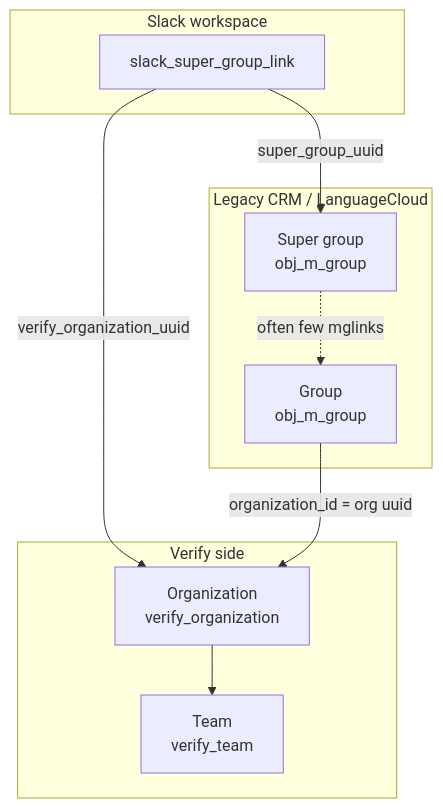
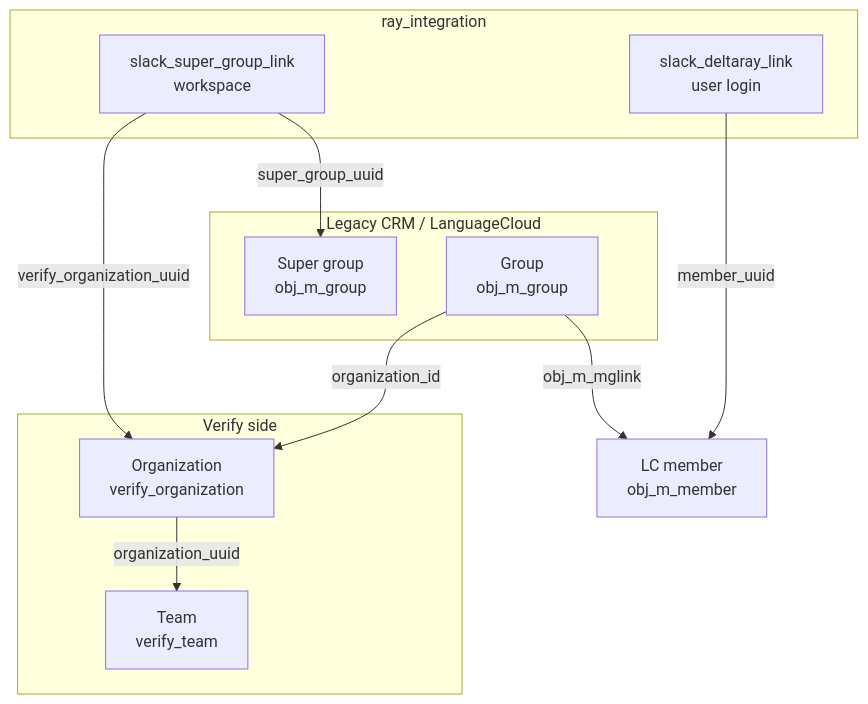
One commit to strakergroup/Nake-Agentic-Slack changed the diagram in docs/verify-org-vs-crm-groups.md. Above: the diagram before and after it, drawn with Mermaid. The commit also changed other lines of this file and 1 other file, not shown here.

First line of the commit message:
docs(RAY-79115): clarify deltaray vs workspace org/super-group links

````diff
--- a/docs/verify-org-vs-crm-groups.md
+++ b/docs/verify-org-vs-crm-groups.md
@@ -5,22 +5,26 @@
 ```mermaid
 flowchart TB
-  subgraph slack [Slack workspace]
-    WS[slack_super_group_link]
-  end
-
   subgraph verify [Verify side]
     VO[Organization<br/>verify_organization]
     VT[Team<br/>verify_team]
-    VO --> VT
+    VO -->|organization_uuid| VT
   end
 
   subgraph crm [Legacy CRM / LanguageCloud]
     SG[Super group<br/>obj_m_group]
     CG[Group<br/>obj_m_group]
-    SG -. often few mglinks .-> CG
   end
 
-  WS -->|super_group_uuid| SG
-  WS -->|verify_organization_uuid| VO
-  CG -->|organization_id = org uuid| VO
+  subgraph slack_links [ray_integration]
+    SSGL[slack_super_group_link<br/>workspace]
+    SDL[slack_deltaray_link<br/>user login]
+  end
+
+  MEM[LC member<br/>obj_m_member]
+
+  SSGL -->|super_group_uuid| SG
+  SSGL -->|verify_organization_uuid| VO
+  CG -->|organization_id| VO
+  CG -->|obj_m_mglink| MEM
+  SDL -->|member_uuid| MEM
 ```
````
